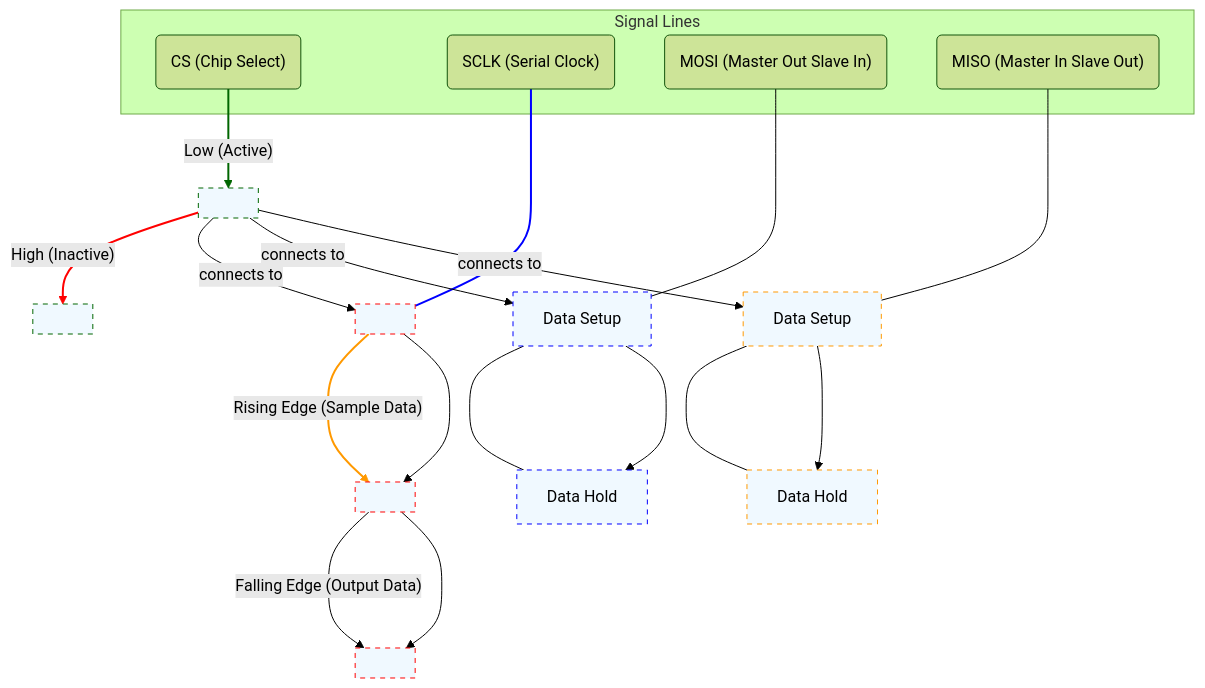
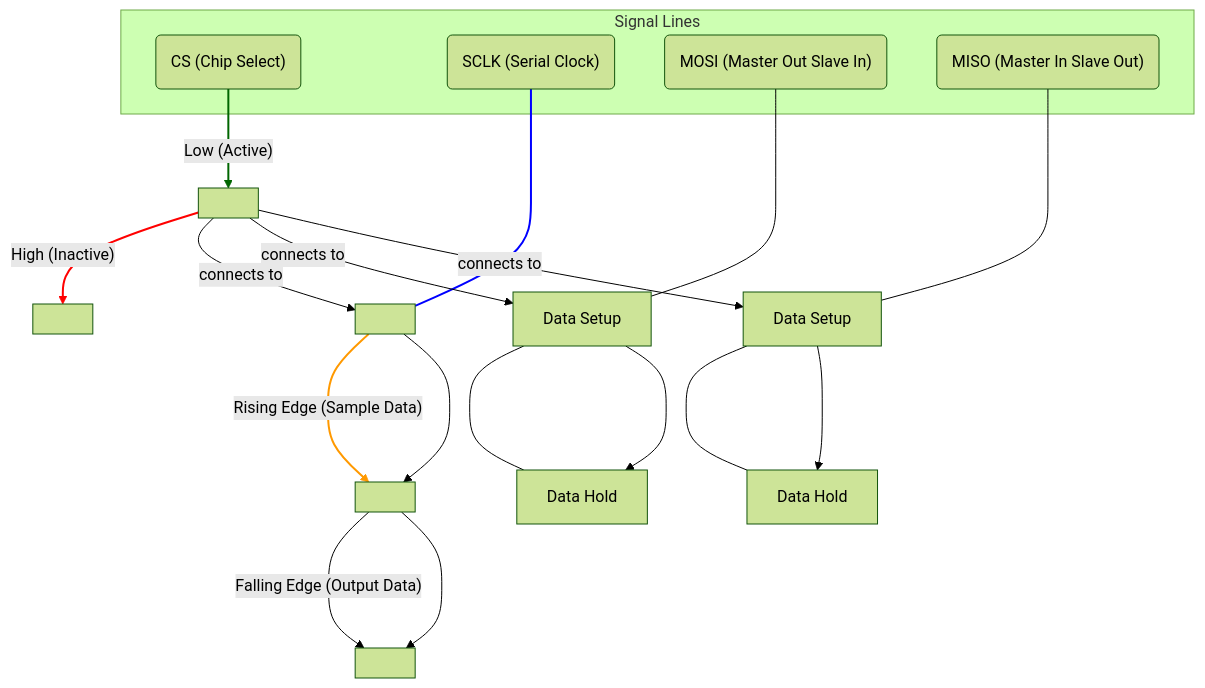
The third of 3 diagrams in source/_posts/2024/2024-09-05_SPI (Serial Peripheral Interface) 协议详解.md (teatang/t-blog), drawn with Mermaid (forest theme) before and after one commit. The commit also changed 24 other files, not shown here.

```diff
--- a/source/_posts/2024/2024-09-05_SPI (Serial Peripheral Interface) 协议详解.md
+++ b/source/_posts/2024/2024-09-05_SPI (Serial Peripheral Interface) 协议详解.md
@@ -120,45 +120,34 @@
 {% mermaid %}
 graph TD
     subgraph Signal Lines
         CS("CS (Chip Select)")
         SCLK("SCLK (Serial Clock)")
         MOSI("MOSI (Master Out Slave In)")
         MISO("MISO (Master In Slave Out)")
     end
 
     CS -- Low (Active) --> CS_Active_Period[ ]
     CS_Active_Period -- High (Inactive) --> CS_Inactive_Period[ ]
   
     SCLK --- SCLK_Idle_Low[ ]
     SCLK_Idle_Low -- Rising Edge (Sample Data) --> SCLK_High_Half[ ]
     SCLK_High_Half -- Falling Edge (Output Data) --> SCLK_Cycle_End[ ]
   
     MOSI --- MOSI_Data_Setup[Data Setup] --- MOSI_Data_Hold[Data Hold]
     MISO --- MISO_Data_Setup[Data Setup] --- MISO_Data_Hold[Data Hold]
 
     linkStyle 0 stroke:#006600,stroke-width:2px;
     linkStyle 1 stroke:#FF0000,stroke-width:2px;
     linkStyle 2 stroke:#0000FF,stroke-width:2px;
     linkStyle 3 stroke:#FF9900,stroke-width:2px;
 
     CS_Active_Period -- connects to --> SCLK_Idle_Low
     CS_Active_Period -- connects to --> MOSI_Data_Setup
     CS_Active_Period -- connects to --> MISO_Data_Setup
   
     SCLK_Idle_Low ---> SCLK_High_Half
     SCLK_High_Half ---> SCLK_Cycle_End
   
     MOSI_Data_Setup ---> MOSI_Data_Hold
     MISO_Data_Setup ---> MISO_Data_Hold
-  
-    style CS_Active_Period fill:#f0f9ff,stroke:#006600,stroke-dasharray: 5 5;
-    style CS_Inactive_Period fill:#f0f9ff,stroke:#006600,stroke-dasharray: 5 5;
-    style SCLK_Idle_Low fill:#f0f9ff,stroke:#FF0000,stroke-dasharray: 5 5;
-    style SCLK_High_Half fill:#f0f9ff,stroke:#FF0000,stroke-dasharray: 5 5;
-    style SCLK_Cycle_End fill:#f0f9ff,stroke:#FF0000,stroke-dasharray: 5 5;
-    style MOSI_Data_Setup fill:#f0f9ff,stroke:#0000FF,stroke-dasharray: 5 5;
-    style MOSI_Data_Hold fill:#f0f9ff,stroke:#0000FF,stroke-dasharray: 5 5;
-    style MISO_Data_Setup fill:#f0f9ff,stroke:#FF9900,stroke-dasharray: 5 5;
-    style MISO_Data_Hold fill:#f0f9ff,stroke:#FF9900,stroke-dasharray: 5 5;
-
 {% endmermaid %}
```
